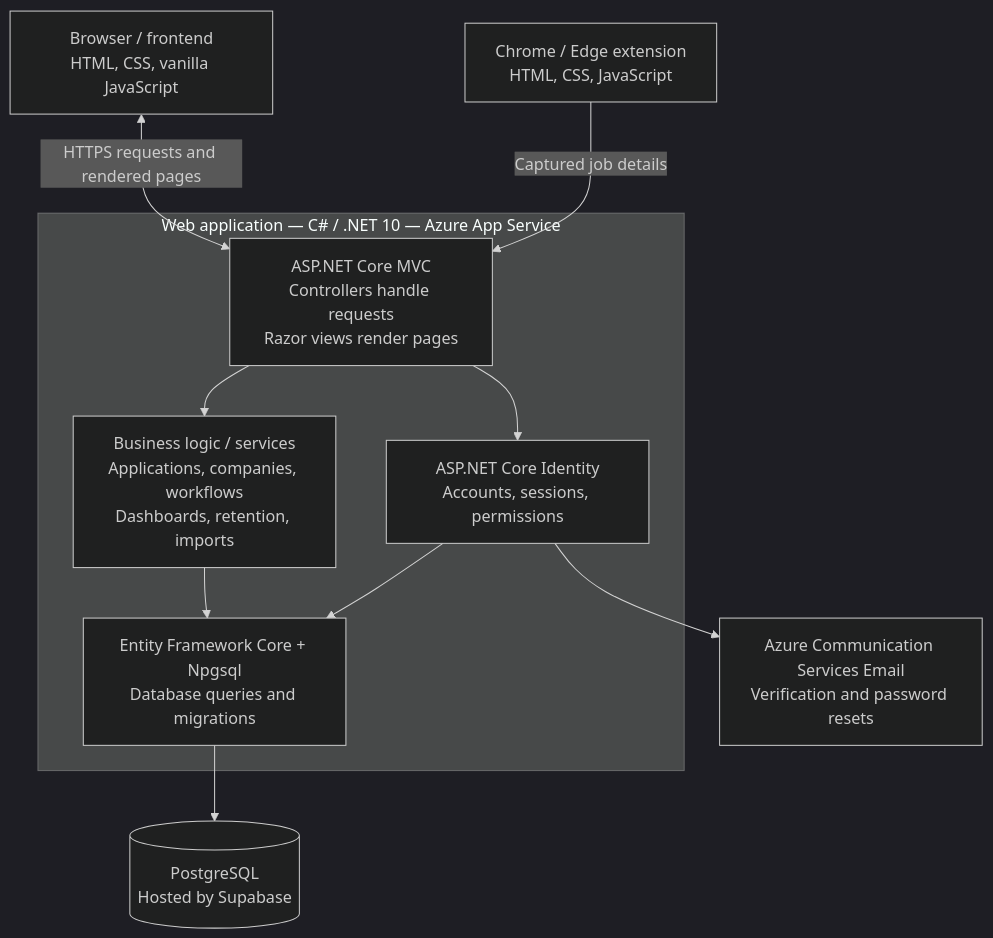
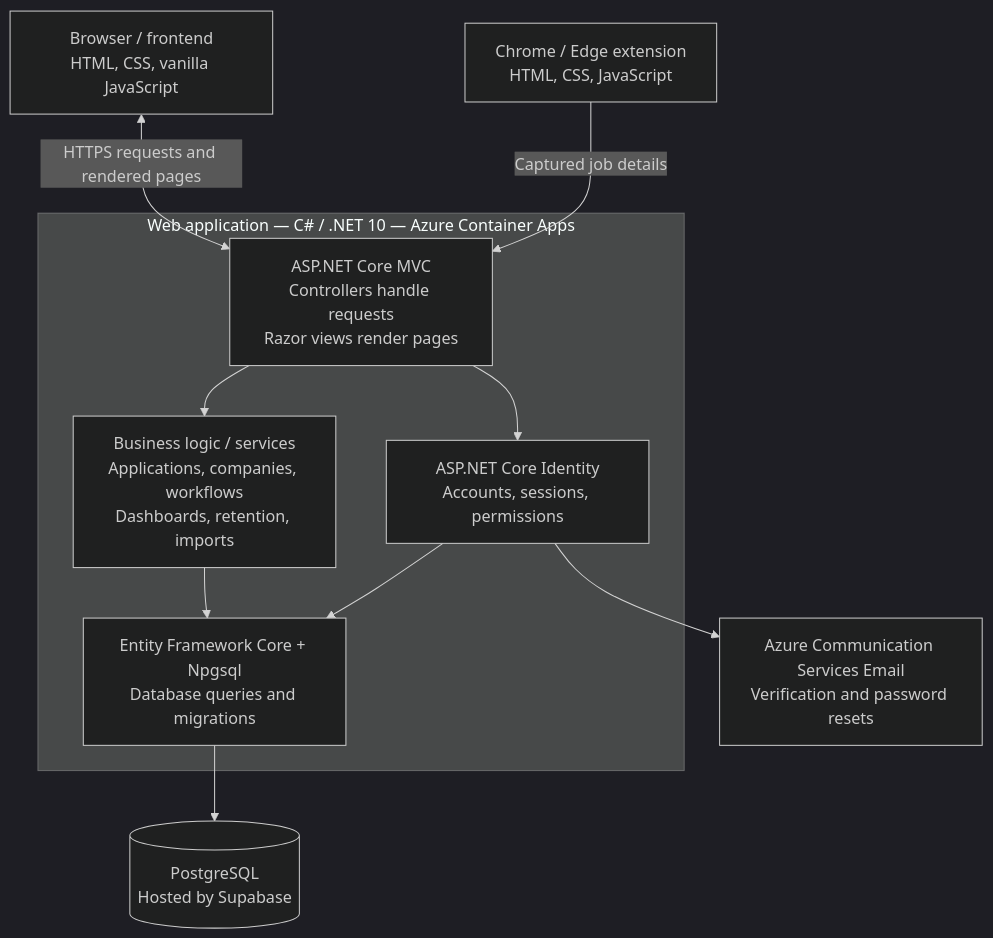
Before and after one commit to Chit-Thway/job-application-tracker: the first of 2 diagrams in README.md, drawn with Mermaid (dark theme). The commit also changed other lines of this file and 1 other file, not shown here.

Commit message:
Document the live Container Apps host

````diff
--- a/README.md
+++ b/README.md
@@ -13,25 +13,25 @@
 ```mermaid
 flowchart TB
     Browser["Browser / frontend<br/>HTML, CSS, vanilla JavaScript"]
     Extension["Chrome / Edge extension<br/>HTML, CSS, JavaScript"]
 
-    subgraph App["Web application — C# / .NET 10 — Azure App Service"]
+    subgraph App["Web application — C# / .NET 10 — Azure Container Apps"]
         MVC["ASP.NET Core MVC<br/>Controllers handle requests<br/>Razor views render pages"]
         Services["Business logic / services<br/>Applications, companies, workflows<br/>Dashboards, retention, imports"]
         Identity["ASP.NET Core Identity<br/>Accounts, sessions, permissions"]
         Data["Entity Framework Core + Npgsql<br/>Database queries and migrations"]
 
         MVC --> Services
         MVC --> Identity
         Services --> Data
         Identity --> Data
     end
 
     Database[("PostgreSQL<br/>Hosted by Supabase")]
     Email["Azure Communication Services Email<br/>Verification and password resets"]
 
     Browser <-->|HTTPS requests and rendered pages| MVC
     Extension -->|Captured job details| MVC
     Data --> Database
     Identity --> Email
 ```
````
